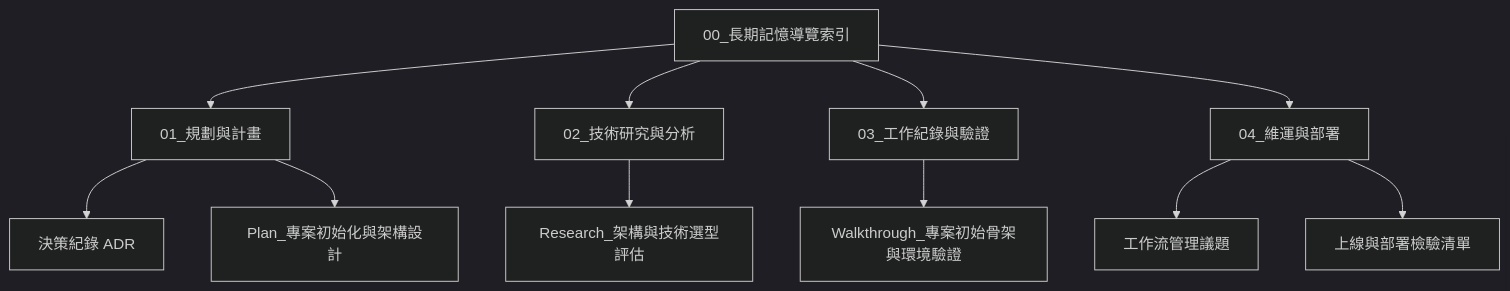
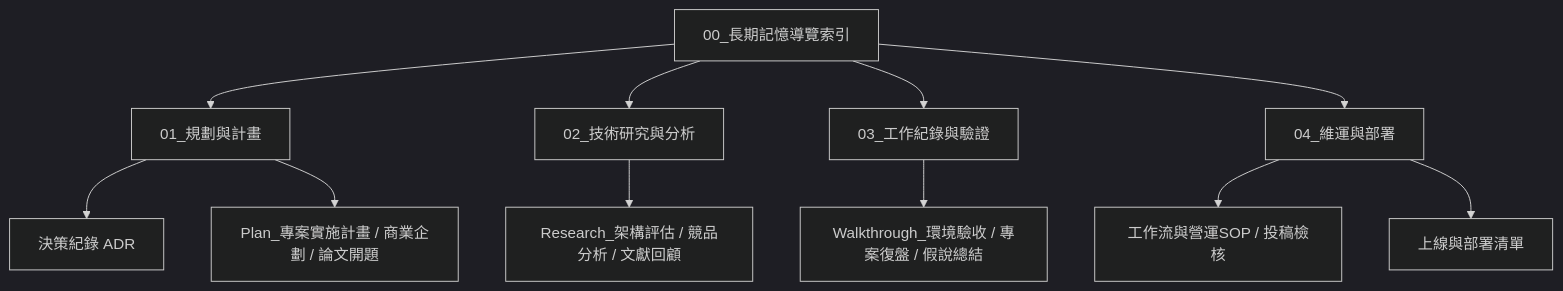
The diagram in _docs/context/00_長期記憶導覽索引.md (cchhss123/obs-temp), drawn with Mermaid (dark theme) before and after one commit. The commit also changed other lines of this file and 4 other files, not shown here.

````diff
--- a/_docs/context/00_長期記憶導覽索引.md
+++ b/_docs/context/00_長期記憶導覽索引.md
@@ -15,17 +15,17 @@
 ```mermaid
 graph TD
     MOC[00_長期記憶導覽索引] --> P[01_規劃與計畫]
     MOC --> R[02_技術研究與分析]
     MOC --> W[03_工作紀錄與驗證]
     MOC --> O[04_維運與部署]
 
     P --> P1[決策紀錄 ADR]
-    P --> P2[Plan_專案初始化與架構設計]
+    P --> P2[Plan_專案實施計畫 / 商業企劃 / 論文開題]
 
-    R --> R1[Research_架構與技術選型評估]
+    R --> R1[Research_架構評估 / 競品分析 / 文獻回顧]
 
-    W --> W1[Walkthrough_專案初始骨架與環境驗證]
+    W --> W1[Walkthrough_環境驗收 / 專案復盤 / 假說總結]
 
-    O --> O1[工作流管理議題]
-    O --> O2[上線與部署檢驗清單]
+    O --> O1[工作流與營運SOP / 投稿檢核]
+    O --> O2[上線與部署清單]
 ```
````
